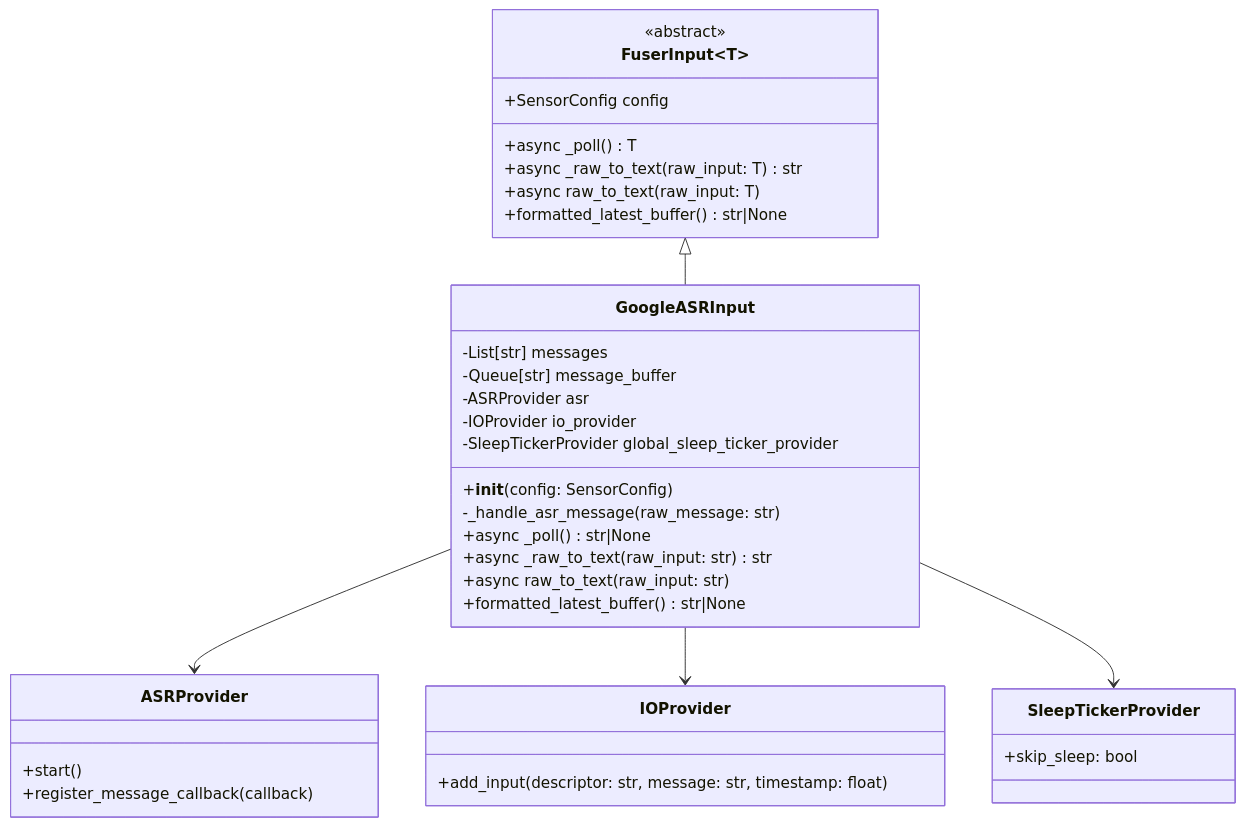
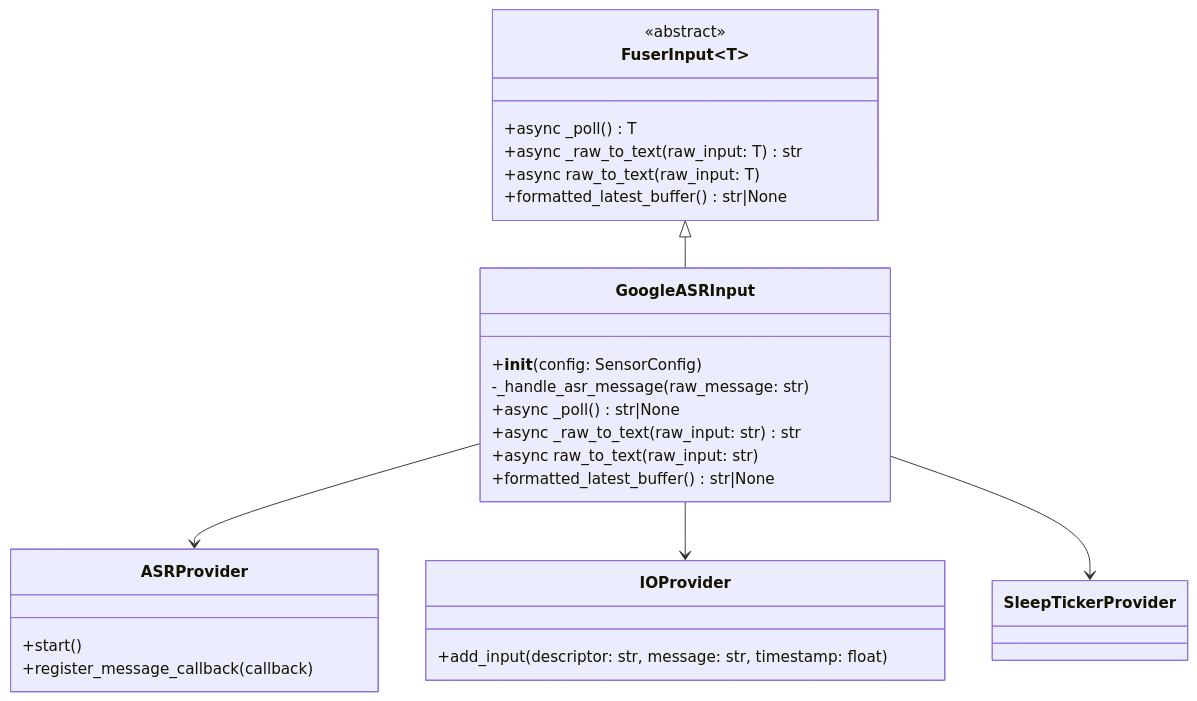
One commit to gizdusum/OM1 changed the first of 2 diagrams in docs/input-plugin/speech-recognition.mdx. Above: the diagram before and after it, drawn with Mermaid. The commit also changed other lines of this file and 8 other files, not shown here.

Commit message:
remove types and attributes but keep methods for class diagram

````diff
--- a/docs/input-plugin/speech-recognition.mdx
+++ b/docs/input-plugin/speech-recognition.mdx
@@ -18,43 +20,36 @@
 ```mermaid
 classDiagram
     class FuserInput~T~ {
         <<abstract>>
-        +SensorConfig config
         +async _poll() T
         +async _raw_to_text(raw_input: T) str
         +async raw_to_text(raw_input: T)
         +formatted_latest_buffer() str|None
     }
 
     class GoogleASRInput {
-        -List[str] messages
-        -Queue[str] message_buffer
-        -ASRProvider asr
-        -IOProvider io_provider
-        -SleepTickerProvider global_sleep_ticker_provider
         +__init__(config: SensorConfig)
         -_handle_asr_message(raw_message: str)
         +async _poll() str|None
         +async _raw_to_text(raw_input: str) str
         +async raw_to_text(raw_input: str)
         +formatted_latest_buffer() str|None
     }
 
     class ASRProvider {
         +start()
         +register_message_callback(callback)
     }
 
     class IOProvider {
         +add_input(descriptor: str, message: str, timestamp: float)
     }
 
     class SleepTickerProvider {
-        +skip_sleep: bool
     }
 
     FuserInput <|-- GoogleASRInput
     GoogleASRInput --> ASRProvider
     GoogleASRInput --> IOProvider
     GoogleASRInput --> SleepTickerProvider
 ```
````
